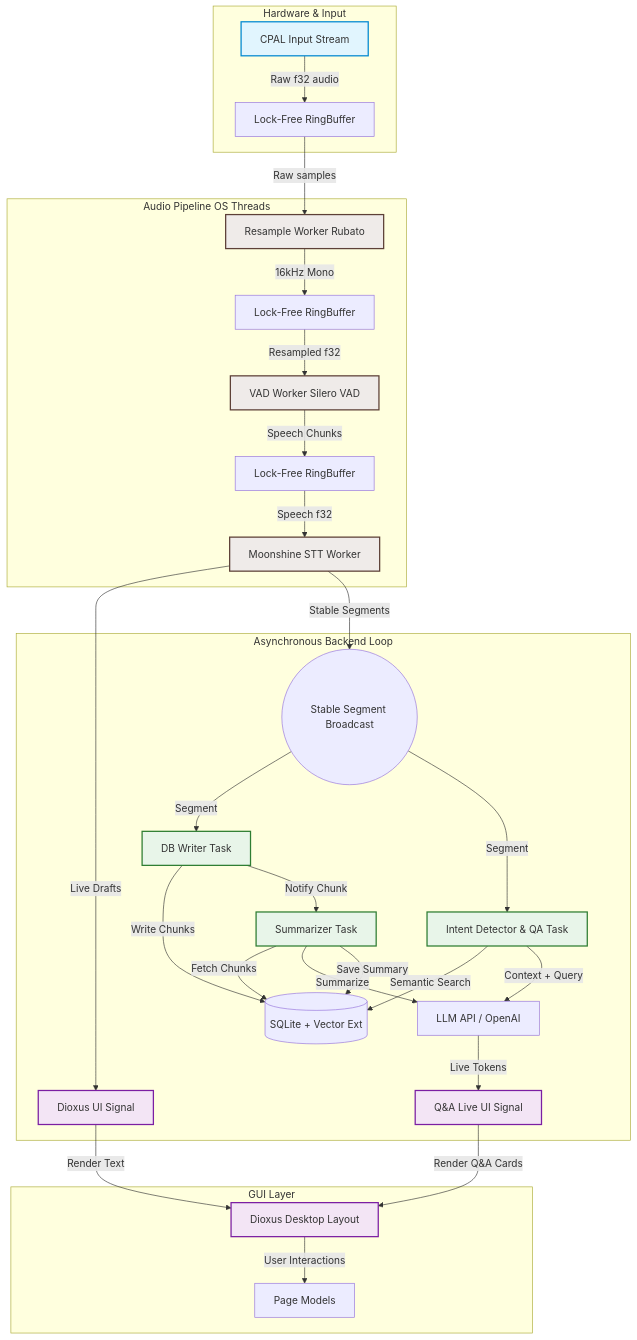
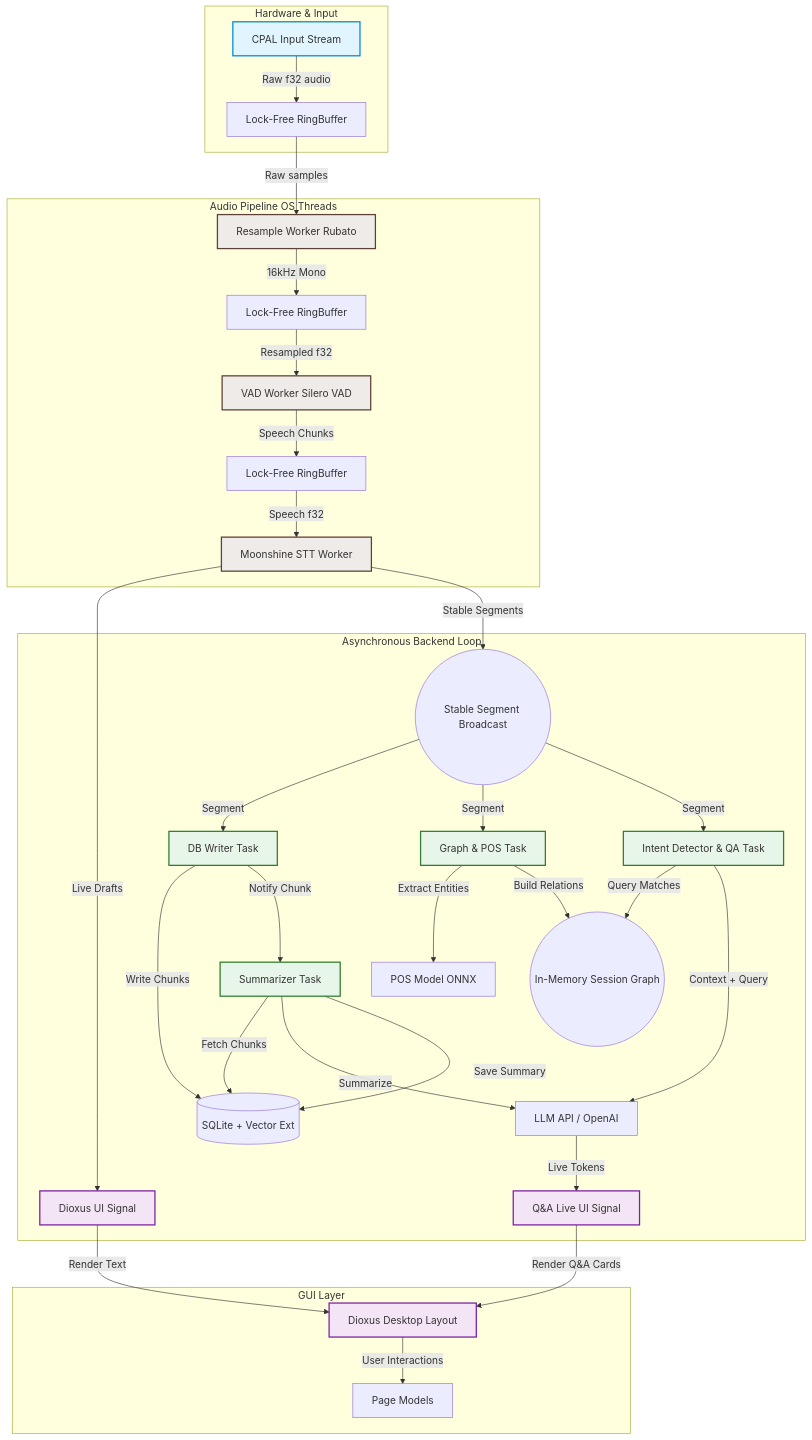
The diagram in README.md (nthnf/Tayori), drawn with Mermaid before and after one commit. The commit also changed other lines of this file and 26 other files, not shown here.

````diff
--- a/README.md
+++ b/README.md
@@ -38,43 +38,48 @@
 ```mermaid
 graph TD
     classDef hardware fill:#e1f5fe,stroke:#0288d1,stroke-width:2px;
     classDef worker fill:#efebe9,stroke:#5d4037,stroke-width:2px;
     classDef async fill:#e8f5e9,stroke:#2e7d32,stroke-width:2px;
     classDef ui fill:#f3e5f5,stroke:#7b1fa2,stroke-width:2px;
 
     subgraph Hardware & Input
         CPAL[CPAL Input Stream]:::hardware -->|Raw f32 audio| RB1[Lock-Free RingBuffer]
     end
 
     subgraph Audio Pipeline OS Threads
         RB1 -->|Raw samples| RS[Resample Worker Rubato]:::worker
         RS -->|16kHz Mono| RB2[Lock-Free RingBuffer]
         RB2 -->|Resampled f32| VAD[VAD Worker Silero VAD]:::worker
         VAD -->|Speech Chunks| RB3[Lock-Free RingBuffer]
         RB3 -->|Speech f32| STT[Moonshine STT Worker]:::worker
     end
 
     subgraph Asynchronous Backend Loop
         STT -->|Live Drafts| UI_Chan[Dioxus UI Signal]:::ui
         STT -->|Stable Segments| Seg_Chan((Stable Segment Broadcast))
 
         Seg_Chan -->|Segment| DB_Loop[DB Writer Task]:::async
+        Seg_Chan -->|Segment| Graph_Loop[Graph & POS Task]:::async
         Seg_Chan -->|Segment| QA_Loop[Intent Detector & QA Task]:::async
 
         DB_Loop -->|Write Chunks| SQLite[(SQLite + Vector Ext)]
-        QA_Loop -->|Semantic Search| SQLite
+        
+        Graph_Loop -->|Extract Entities| POS[POS Model ONNX]
+        Graph_Loop -->|Build Relations| MemGraph((In-Memory Session Graph))
+
+        QA_Loop -->|Query Matches| MemGraph
         QA_Loop -->|Context + Query| LLM[LLM API / OpenAI]
         LLM -->|Live Tokens| QA_Chan[Q&A Live UI Signal]:::ui
 
         DB_Loop -->|Notify Chunk| Sum_Loop[Summarizer Task]:::async
         Sum_Loop -->|Fetch Chunks| SQLite
         Sum_Loop -->|Summarize| LLM
         Sum_Loop -->|Save Summary| SQLite
     end
 
     subgraph GUI Layer
         UI_Chan -->|Render Text| GUI[Dioxus Desktop Layout]:::ui
         QA_Chan -->|Render Q&A Cards| GUI
         GUI -->|User Interactions| PageModel[Page Models]
     end
 ```
````
